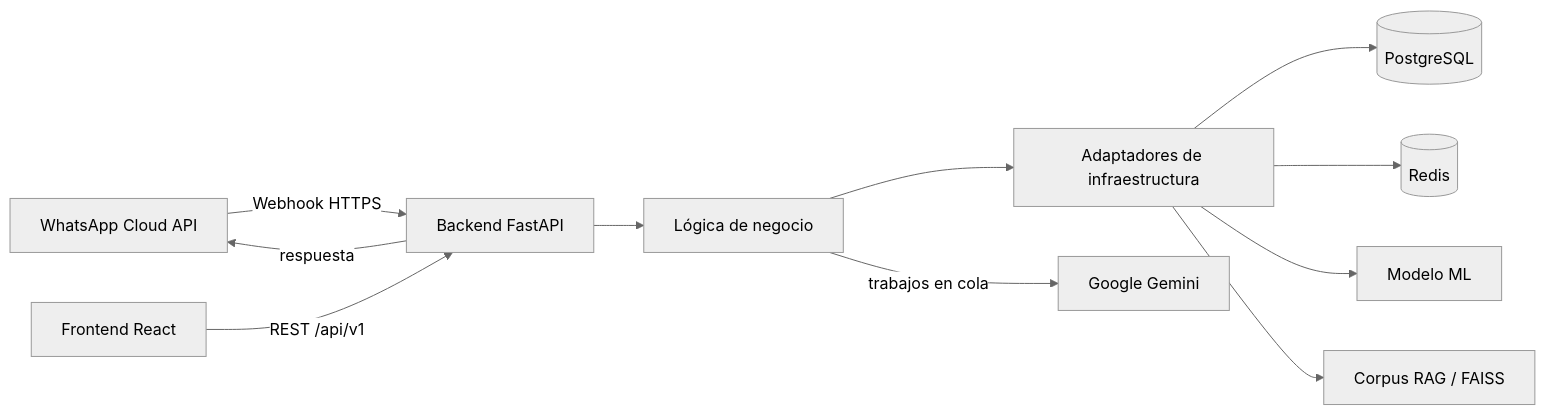
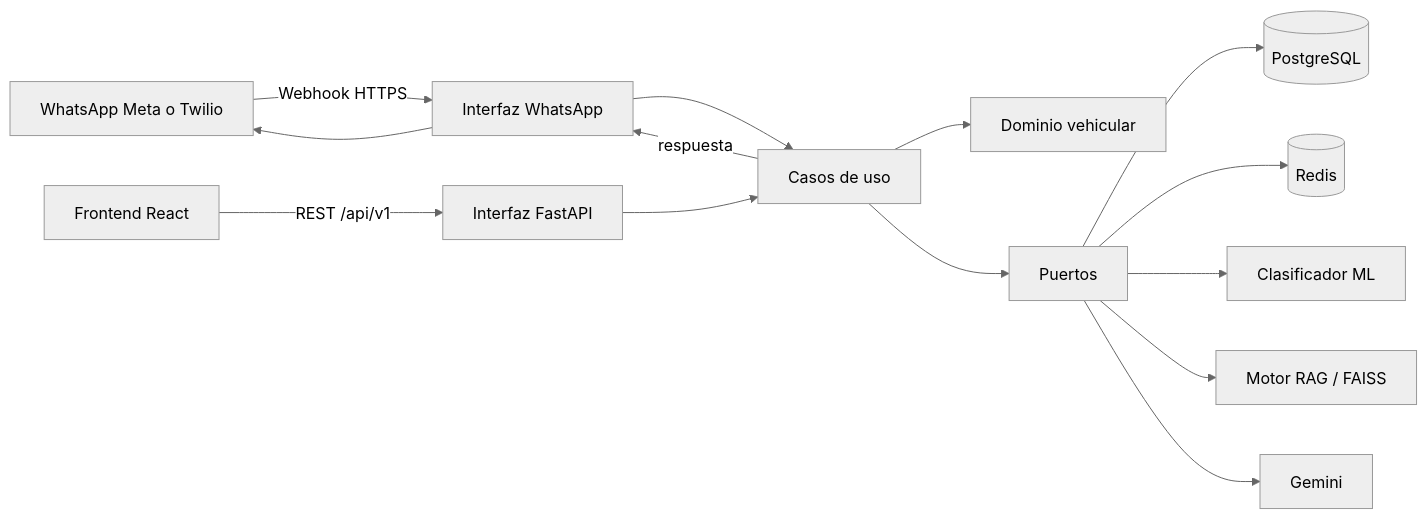
Before and after one commit to JUANLCHUMBE5/CHAT-BOT-UTILIZANDO-MACHINE-LEARNING-PARA-EL-DIAGNOSTICO-VEHICULAR: the first of 2 diagrams in docs/arquitectura/conexiones_modulos.md, drawn with Mermaid (neutral theme). The commit also changed other lines of this file and 79 other files, not shown here.

````diff
--- a/docs/arquitectura/conexiones_modulos.md
+++ b/docs/arquitectura/conexiones_modulos.md
@@ -6,13 +5,16 @@
 ```mermaid
 flowchart LR
-    WA[WhatsApp Cloud API] -->|Webhook HTTPS| API[Backend FastAPI]
-    FE[Frontend React] -->|REST /api/v1| API
-    API --> CORE[Lógica de negocio]
-    CORE --> ADAPTERS[Adaptadores de infraestructura]
-    ADAPTERS --> DB[(PostgreSQL)]
-    ADAPTERS --> REDIS[(Redis)]
-    ADAPTERS --> ML[Modelo ML]
-    ADAPTERS --> RAG[Corpus RAG / FAISS]
-    CORE -->|trabajos en cola| LLM[Google Gemini]
-    API -->|respuesta| WA
+    WA[WhatsApp Meta o Twilio] -->|Webhook HTTPS| WAI[Interfaz WhatsApp]
+    FE[Frontend React] -->|REST /api/v1| API[Interfaz FastAPI]
+    WAI --> APP[Casos de uso]
+    API --> APP
+    APP --> DOM[Dominio vehicular]
+    APP --> PORTS[Puertos]
+    PORTS --> DB[(PostgreSQL)]
+    PORTS --> CACHE[(Redis)]
+    PORTS --> ML[Clasificador ML]
+    PORTS --> RAG[Motor RAG / FAISS]
+    PORTS --> LLM[Gemini]
+    APP -->|respuesta| WAI
+    WAI --> WA
 ```
````
